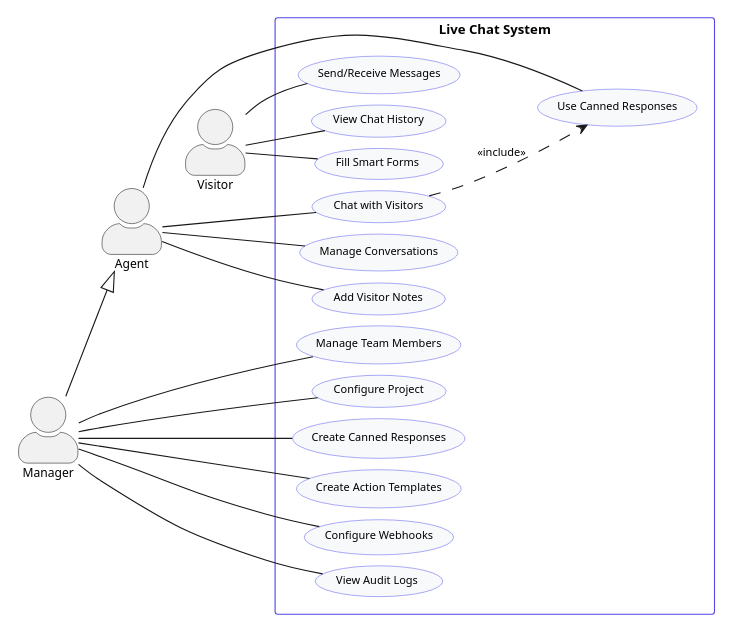
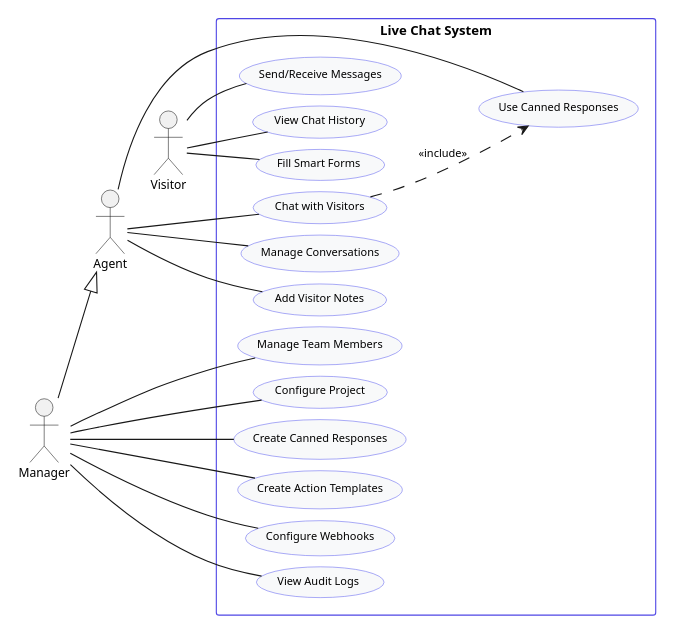
One commit to doananhhung/livechat changed the first of 5 diagrams in presentation/pages/hung.md. Above: the diagram before and after it, drawn with PlantUML. The commit also changed 1 other file, not shown here.

Commit message:
udpate slide

````diff
--- a/presentation/pages/hung.md
+++ b/presentation/pages/hung.md
@@ -111,68 +111,68 @@
 ```plantuml
 @startuml
 left to right direction
 scale 0.65
 
-skinparam actorStyle awesome
+skinparam actorStyle default
 skinparam packageStyle rectangle
 skinparam nodesep 10
 skinparam ranksep 20
 skinparam defaultFontSize 10
 skinparam usecase {
   BackgroundColor #F8F9FA
   BorderColor #6366F1
   FontSize 10
   Padding 5
 }
 skinparam rectangle {
   BorderColor #4F46E5
   FontSize 12
   FontStyle bold
 }
 skinparam actor {
   FontSize 11
 }
 
 actor "Visitor" as V
 actor "Agent" as A
 actor "Manager" as M
 M --|> A
 A -[hidden]- V
 
 rectangle "Live Chat System" {
   usecase "Send/Receive Messages" as UC1
   usecase "View Chat History" as UC2
   usecase "Fill Smart Forms" as UC3
 
   usecase "Chat with Visitors" as UC4
   usecase "Manage Conversations" as UC5
   usecase "Use Canned Responses" as UC6
   usecase "Add Visitor Notes" as UC7
 
   usecase "Manage Team Members" as UC8
   usecase "Configure Project" as UC9
   usecase "Create Canned Responses" as UC10
   usecase "Create Action Templates" as UC11
   usecase "Configure Webhooks" as UC12
   usecase "View Audit Logs" as UC13
 
   UC4 ..> UC6 : <<include>>
 }
 
 V -- UC1
 V -- UC2
 V -- UC3
 
 A -- UC4
 A -- UC5
 A -- UC6
 A -- UC7
 
 M -- UC8
 M -- UC9
 M -- UC10
 M -- UC11
 M -- UC12
 M -- UC13
 @enduml
 ```
````
